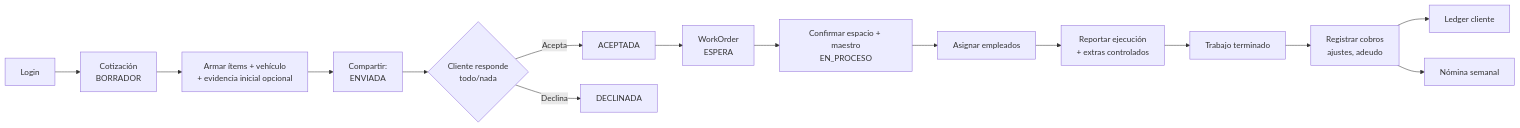
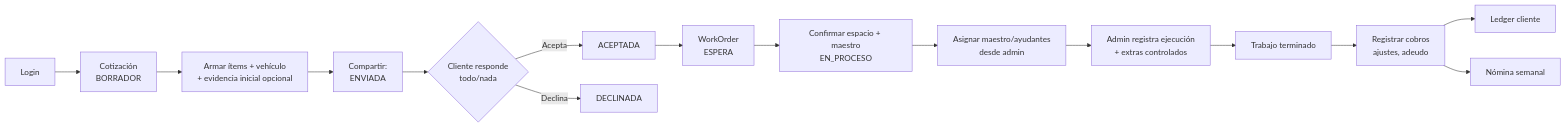
One commit to pabcrz/sebasam-app changed the diagram in DESIGN.md. Above: the diagram before and after it, drawn with Mermaid. The commit also changed other lines of this file and 4 other files, not shown here.

````diff
--- a/DESIGN.md
+++ b/DESIGN.md
@@ -208,17 +208,17 @@
 ```mermaid
 flowchart LR
     A[Login] --> B[Cotización<br>BORRADOR]
     B --> C[Armar ítems + vehículo<br>+ evidencia inicial opcional]
     C --> D[Compartir:<br>ENVIADA]
     D --> E{Cliente responde<br>todo/nada}
     E -->|Acepta| F[ACEPTADA]
     E -->|Declina| G[DECLINADA]
     F --> H[WorkOrder<br>ESPERA]
     H --> I[Confirmar espacio + maestro<br>EN_PROCESO]
-    I --> J[Asignar empleados]
-    J --> K[Reportar ejecución<br>+ extras controlados]
+    I --> J[Asignar maestro/ayudantes<br>desde admin]
+    J --> K[Admin registra ejecución<br>+ extras controlados]
     K --> L[Trabajo terminado]
     L --> M[Registrar cobros<br>ajustes, adeudo]
     M --> N[Ledger cliente]
     M --> O[Nómina semanal]
 ```
````
